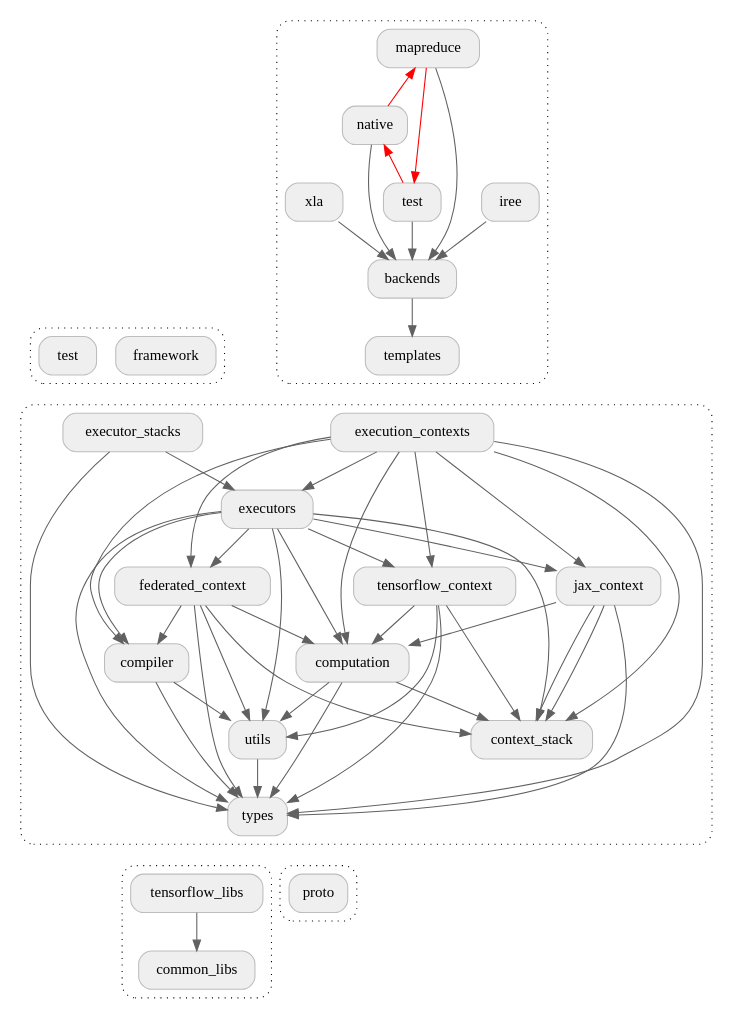
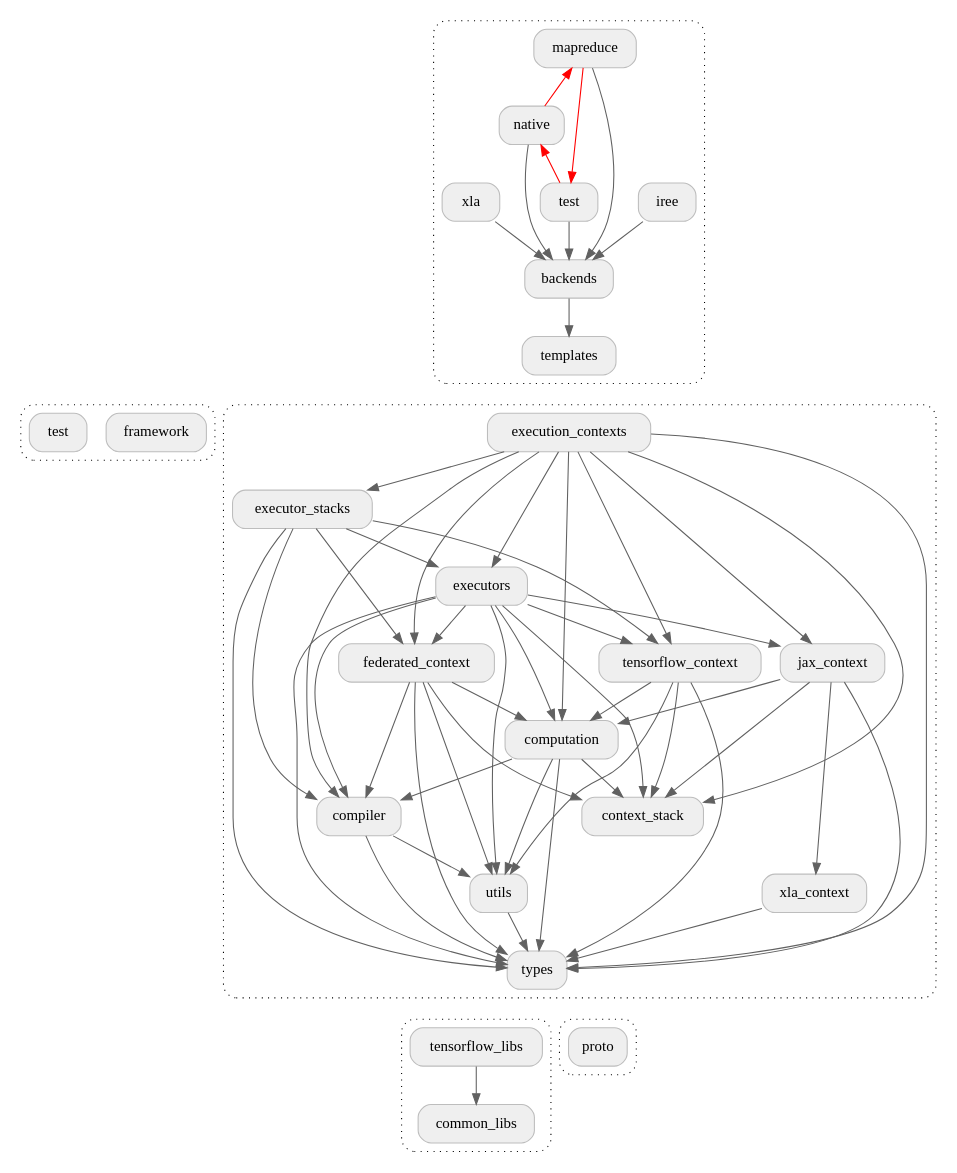
Before and after one commit to google-parfait/tensorflow-federated: the diagram in docs/design/package_structure_core.dot, drawn with Graphviz. The commit also changed 1 other file, not shown here.

```diff
--- a/docs/design/package_structure_core.dot
+++ b/docs/design/package_structure_core.dot
@@ -1,103 +1,110 @@
 digraph {
   graph [style="dotted,rounded"]
   node [shape="box", style="rounded,filled", fillcolor="#efefef", color="#bdbdbd"]
   edge [color="#616161"]
 
   subgraph cluster_core_0 {
     iree [href="https://github.com/tensorflow/federated/blob/main/tensorflow_federated/python/core/backends/iree" target="_parent",]
     mapreduce [href="https://github.com/tensorflow/federated/blob/main/tensorflow_federated/python/core/backends/mapreduce" target="_parent",]
     native [href="https://github.com/tensorflow/federated/blob/main/tensorflow_federated/python/core/backends/native" target="_parent",]
     backends_test [label="test", href="https://github.com/tensorflow/federated/blob/main/tensorflow_federated/python/core/backends/test" target="_parent",]
     xla [href="https://github.com/tensorflow/federated/blob/main/tensorflow_federated/python/core/backends/xla" target="_parent",]
     backends [href="https://github.com/tensorflow/federated/blob/main/tensorflow_federated/python/core/backends" target="_parent"]
     templates [href="https://github.com/tensorflow/federated/blob/main/tensorflow_federated/python/core/templates" target="_parent"]
   }
 
   iree -> backends
   mapreduce -> backends
   native -> backends
   backends_test -> backends
   xla -> backends
   backends -> templates
   templates -> execution_contexts [arrowhead="none", style="invisible"]
 
   // TODO(b/233800075): Remove dependency from `native` to `mapreduce`.
   mapreduce -> native [dir=back, color="#ff0000"]
   // TODO(b/233800373): Remove dependency from `test` to `native`.
   native -> backends_test [dir=back, color="#ff0000"]
   // TODO(b/233801300): Remove dependency from `mapreduce` to `test`.
   mapreduce -> backends_test [color="#ff0000"]
 
   subgraph cluster_core_1 {
     framework [href="https://github.com/tensorflow/federated/blob/main/tensorflow_federated/python/core/framework" target="_parent"]
     test [href="https://github.com/tensorflow/federated/blob/main/tensorflow_federated/python/core/test" target="_parent"]
   }
 
   framework -> executor_stacks [arrowhead="none", style="invisible"]
   test -> executor_stacks [arrowhead="none", style="invisible"]
 
   subgraph cluster_core_2 {
     execution_contexts [href="https://github.com/tensorflow/federated/blob/main/tensorflow_federated/python/core/impl/execution_contexts" target="_parent"]
     executor_stacks [href="https://github.com/tensorflow/federated/blob/main/tensorflow_federated/python/core/impl/executor_stacks" target="_parent"]
     executors [href="https://github.com/tensorflow/federated/blob/main/tensorflow_federated/python/core/impl/executors" target="_parent"]
     federated_context [href="https://github.com/tensorflow/federated/blob/main/tensorflow_federated/python/core/impl/federated_context" target="_parent"]
     tensorflow_context [href="https://github.com/tensorflow/federated/blob/main/tensorflow_federated/python/core/impl/tensorflow_context" target="_parent"]
     jax_context [href="https://github.com/tensorflow/federated/blob/main/tensorflow_federated/python/core/impl/jax_context" target="_parent"]
+    xla_context [href="https://github.com/tensorflow/federated/blob/main/tensorflow_federated/python/core/impl/jax_context" target="_parent"]
     computation [href="https://github.com/tensorflow/federated/blob/main/tensorflow_federated/python/core/impl/computation" target="_parent"]
     compiler [href="https://github.com/tensorflow/federated/blob/main/tensorflow_federated/python/core/impl/compiler" target="_parent"]
     utils [href="https://github.com/tensorflow/federated/blob/main/tensorflow_federated/python/core/impl/utils" target="_parent"]
     types [href="https://github.com/tensorflow/federated/blob/main/tensorflow_federated/python/core/impl/types" target="_parent"]
     context_stack [href="https://github.com/tensorflow/federated/blob/main/tensorflow_federated/python/core/impl/context_stack" target="_parent"]
   }
 
+  execution_contexts -> executor_stacks
   execution_contexts -> executors
   execution_contexts -> federated_context
+  execution_contexts -> tensorflow_context
   execution_contexts -> jax_context
-  execution_contexts -> tensorflow_context
   execution_contexts -> computation
   execution_contexts -> compiler
   execution_contexts -> types
   execution_contexts -> context_stack
+  executor_stacks -> federated_context
+  executor_stacks -> tensorflow_context
   executor_stacks -> executors
+  executor_stacks -> compiler
   executor_stacks -> types
   executors -> federated_context
+  executors -> tensorflow_context
   executors -> jax_context
-  executors -> tensorflow_context
   executors -> computation
   executors -> compiler
   executors -> utils
   executors -> types
   executors -> context_stack
   federated_context -> computation
   federated_context -> compiler
   federated_context -> utils
   federated_context -> types
   federated_context -> context_stack
   tensorflow_context -> computation
   tensorflow_context -> utils
   tensorflow_context -> types
   tensorflow_context -> context_stack
+  jax_context -> xla_context
   jax_context -> computation
   jax_context -> types
   jax_context -> context_stack
-  jax_context -> context_stack
+  xla_context -> types
+  computation -> compiler
   computation -> utils
   computation -> types
   computation -> context_stack
   compiler -> utils
   compiler -> types
   utils -> types
   types -> tensorflow_libs [arrowhead="none", style="invisible"]
   types -> proto [arrowhead="none", style="invisible"]
 
   subgraph cluster_core_3 {
     tensorflow_libs [href="https://github.com/tensorflow/federated/blob/main/tensorflow_federated/python/tensorflow_libs" target="_parent"]
     common_libs [href="https://github.com/tensorflow/federated/blob/main/tensorflow_federated/python/common_libs" target="_parent"]
   }
 
   tensorflow_libs -> common_libs
 
   subgraph cluster_core_4 {
     proto [href="https://github.com/tensorflow/federated/blob/main/tensorflow_federated/proto" target="_parent"]
   }
 }
```
